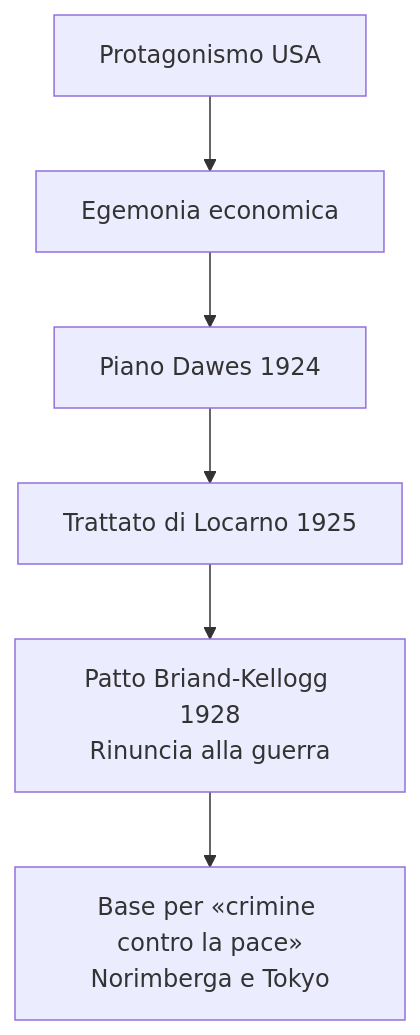
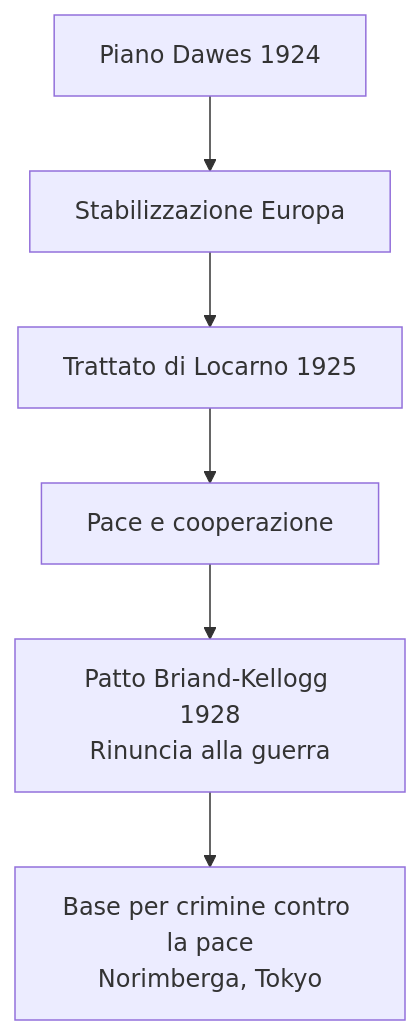
The fourth of 8 diagrams in storia/materiale/studio/capitolo_3.10_studio_riassunto.md (riccardo-algorime/appunti-5Bsa), drawn with Mermaid before and after one commit. The commit also changed other lines of this file and 5 other files, not shown here.

````diff
--- a/storia/materiale/studio/capitolo_3.10_studio_riassunto.md
+++ b/storia/materiale/studio/capitolo_3.10_studio_riassunto.md
@@ -100,8 +103,8 @@
 ```mermaid
 flowchart TD
-    A[Protagonismo USA] --> B[Egemonia economica]
-    B --> C[Piano Dawes 1924]
-    C --> D[Trattato di Locarno 1925]
+    A[Piano Dawes 1924] --> B[Stabilizzazione Europa]
+    B --> C[Trattato di Locarno 1925]
+    C --> D[Pace e cooperazione]
     D --> E[Patto Briand-Kellogg 1928<br/>Rinuncia alla guerra]
-    E --> F[Base per «crimine contro la pace»<br/>Norimberga e Tokyo]
+    E --> F[Base per crimine contro la pace<br/>Norimberga, Tokyo]
 ```
````
